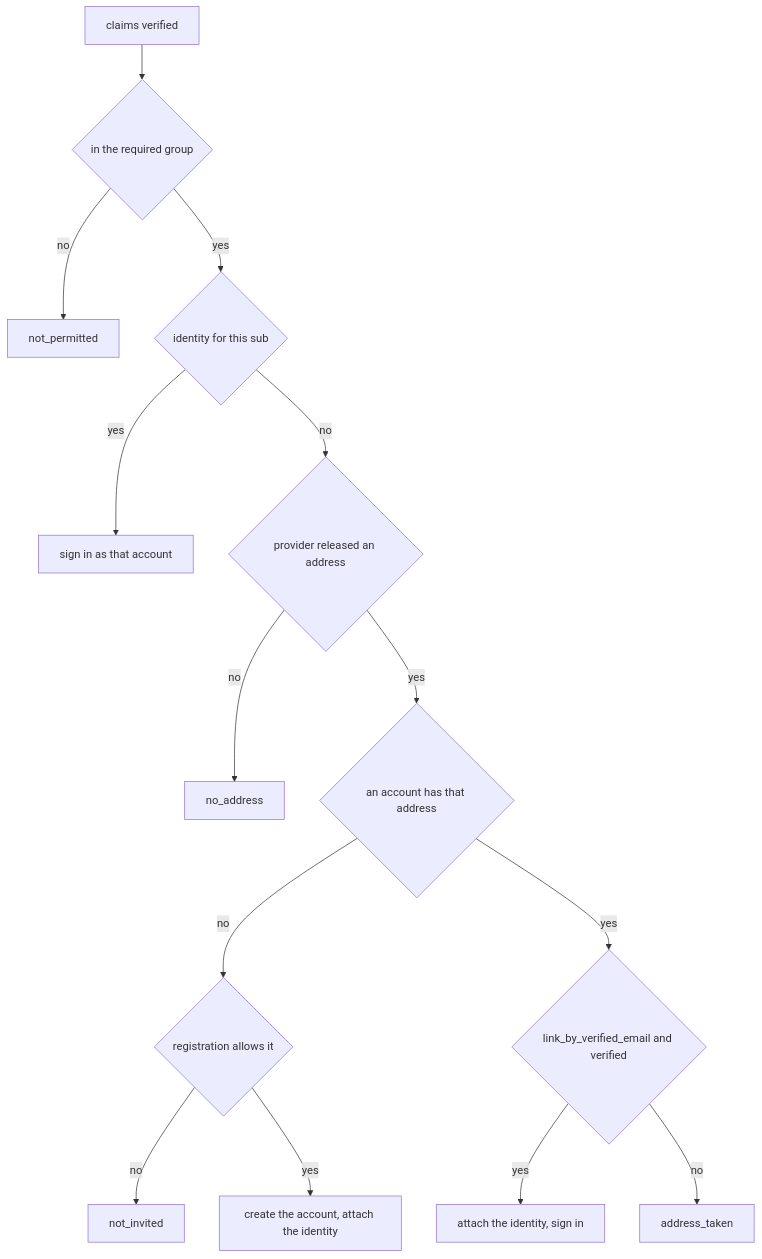
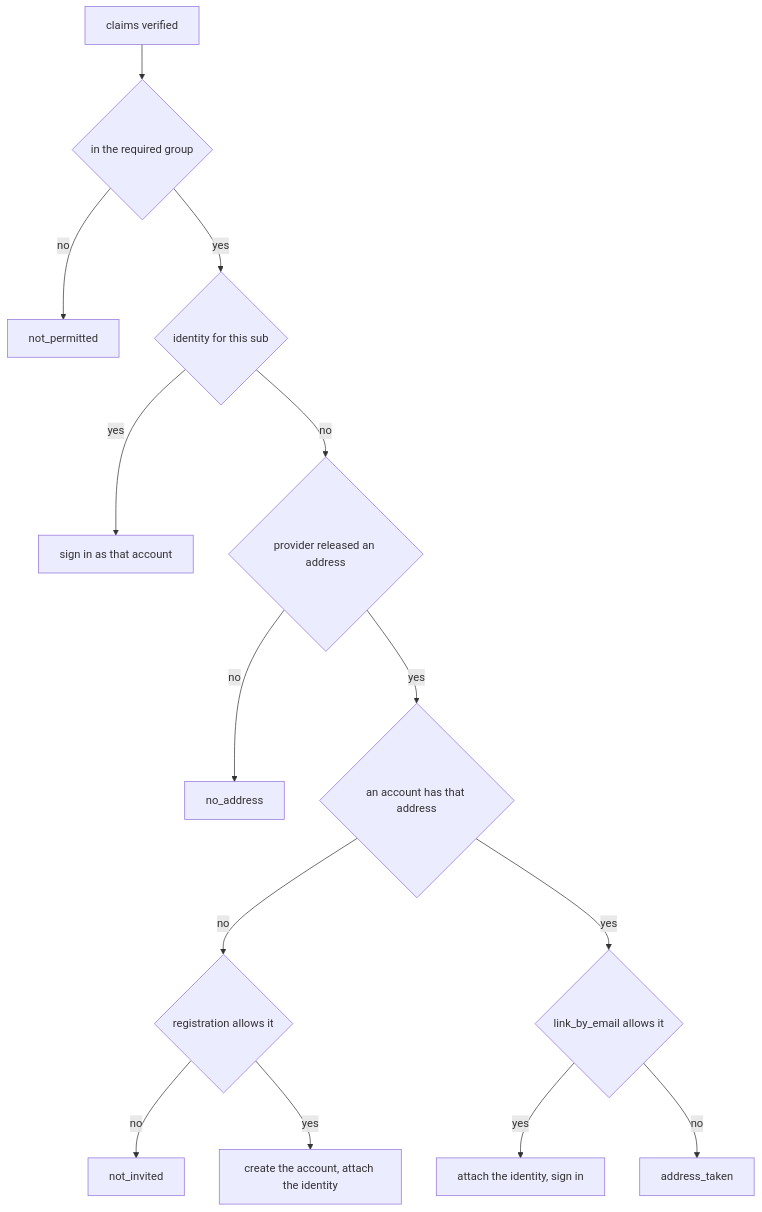
One commit to Limatura/tessera changed the second of 3 diagrams in docs/oidc.md. Above: the diagram before and after it, drawn with Mermaid. The commit also changed other lines of this file and 11 other files, not shown here.

Commit message:
feat(oidc): link_by_email 改成三段，信任不送 email_verified 的 provider

````diff
--- a/docs/oidc.md
+++ b/docs/oidc.md
@@ -128,16 +128,16 @@
 ```mermaid
 flowchart TD
     A[claims verified] --> B{in the required group}
     B -->|no| C[not_permitted]
     B -->|yes| D{identity for this sub}
     D -->|yes| E[sign in as that account]
     D -->|no| F{provider released an address}
     F -->|no| G[no_address]
     F -->|yes| H{an account has that address}
     H -->|no| I{registration allows it}
-    H -->|yes| J{link_by_verified_email and verified}
+    H -->|yes| J{link_by_email allows it}
     J -->|yes| K[attach the identity, sign in]
     J -->|no| L[address_taken]
     I -->|no| M[not_invited]
     I -->|yes| N[create the account, attach the identity]
 ```
````
